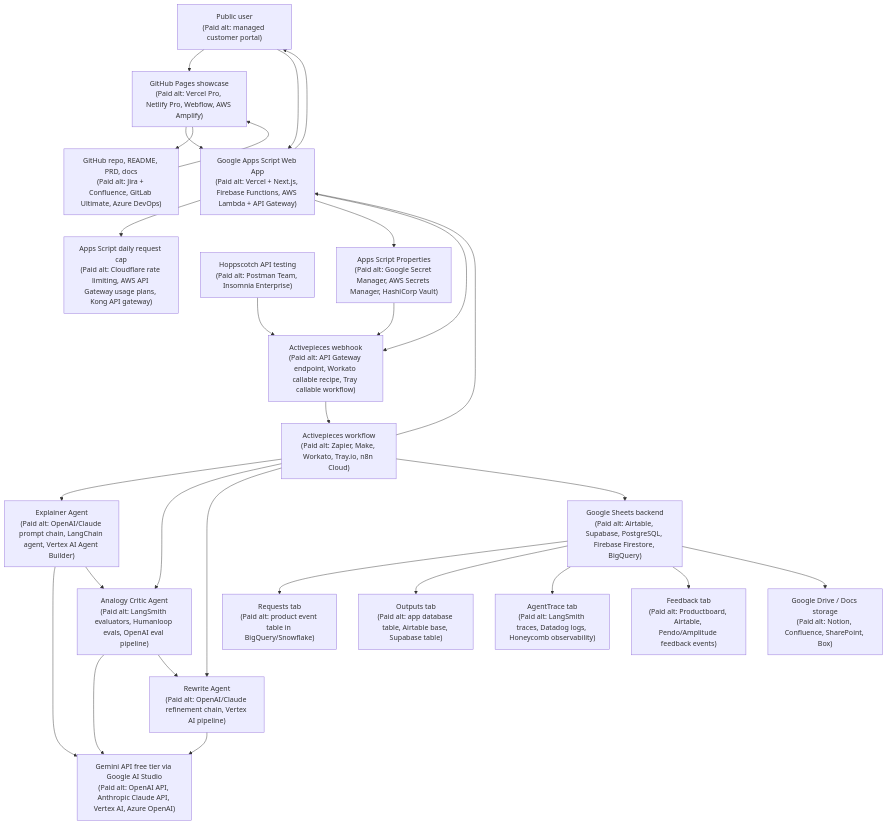
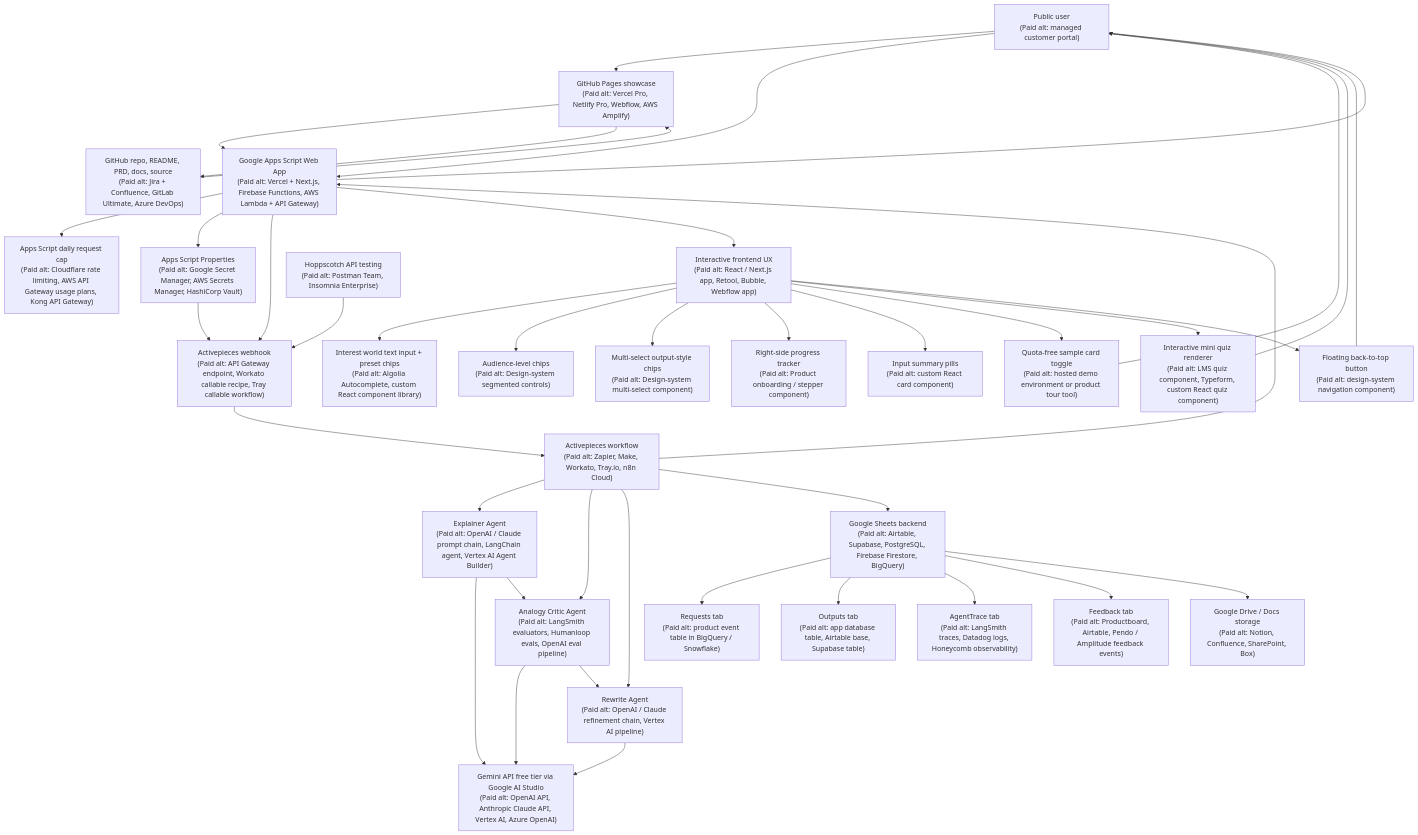
One commit to friendly-neighborhood-product-manager/analogy-arcade changed the first of 5 diagrams in docs/architecture-diagram.md. Above: the diagram before and after it, drawn with Mermaid. The commit also changed other lines of this file, not shown here.

Commit message:
Update architecture diagram for latest UX

```diff
--- a/docs/architecture-diagram.md
+++ b/docs/architecture-diagram.md
@@ -12,11 +29,31 @@
 
     Showcase["GitHub Pages showcase<br/>(Paid alt: Vercel Pro, Netlify Pro, Webflow, AWS Amplify)"]
 
-    Repo["GitHub repo, README, PRD, docs<br/>(Paid alt: Jira + Confluence, GitLab Ultimate, Azure DevOps)"]
+    Repo["GitHub repo, README, PRD, docs, source<br/>(Paid alt: Jira + Confluence, GitLab Ultimate, Azure DevOps)"]
 
     WebApp["Google Apps Script Web App<br/>(Paid alt: Vercel + Next.js, Firebase Functions, AWS Lambda + API Gateway)"]
 
     ScriptProps["Apps Script Properties<br/>(Paid alt: Google Secret Manager, AWS Secrets Manager, HashiCorp Vault)"]
+
+    DailyCap["Apps Script daily request cap<br/>(Paid alt: Cloudflare rate limiting, AWS API Gateway usage plans, Kong API Gateway)"]
+
+    FrontendUX["Interactive frontend UX<br/>(Paid alt: React / Next.js app, Retool, Bubble, Webflow app)"]
+
+    InterestInput["Interest world text input + preset chips<br/>(Paid alt: Algolia Autocomplete, custom React component library)"]
+
+    AudienceChips["Audience-level chips<br/>(Paid alt: Design-system segmented controls)"]
+
+    OutputChips["Multi-select output-style chips<br/>(Paid alt: Design-system multi-select component)"]
+
+    ProgressTracker["Right-side progress tracker<br/>(Paid alt: Product onboarding / stepper component)"]
+
+    InputSummary["Input summary pills<br/>(Paid alt: custom React card component)"]
+
+    SampleCard["Quota-free sample card toggle<br/>(Paid alt: hosted demo environment or product tour tool)"]
+
+    InteractiveQuiz["Interactive mini quiz renderer<br/>(Paid alt: LMS quiz component, Typeform, custom React quiz component)"]
+
+    BackToTop["Floating back-to-top button<br/>(Paid alt: design-system navigation component)"]
 
     Activepieces["Activepieces workflow<br/>(Paid alt: Zapier, Make, Workato, Tray.io, n8n Cloud)"]
 
@@ -24,27 +61,25 @@
 
     Gemini["Gemini API free tier via Google AI Studio<br/>(Paid alt: OpenAI API, Anthropic Claude API, Vertex AI, Azure OpenAI)"]
 
-    Explainer["Explainer Agent<br/>(Paid alt: OpenAI/Claude prompt chain, LangChain agent, Vertex AI Agent Builder)"]
+    Explainer["Explainer Agent<br/>(Paid alt: OpenAI / Claude prompt chain, LangChain agent, Vertex AI Agent Builder)"]
 
     Critic["Analogy Critic Agent<br/>(Paid alt: LangSmith evaluators, Humanloop evals, OpenAI eval pipeline)"]
 
-    Rewrite["Rewrite Agent<br/>(Paid alt: OpenAI/Claude refinement chain, Vertex AI pipeline)"]
+    Rewrite["Rewrite Agent<br/>(Paid alt: OpenAI / Claude refinement chain, Vertex AI pipeline)"]
 
     Sheets["Google Sheets backend<br/>(Paid alt: Airtable, Supabase, PostgreSQL, Firebase Firestore, BigQuery)"]
 
-    Requests["Requests tab<br/>(Paid alt: product event table in BigQuery/Snowflake)"]
+    Requests["Requests tab<br/>(Paid alt: product event table in BigQuery / Snowflake)"]
 
     Outputs["Outputs tab<br/>(Paid alt: app database table, Airtable base, Supabase table)"]
 
     Trace["AgentTrace tab<br/>(Paid alt: LangSmith traces, Datadog logs, Honeycomb observability)"]
 
-    Feedback["Feedback tab<br/>(Paid alt: Productboard, Airtable, Pendo/Amplitude feedback events)"]
+    Feedback["Feedback tab<br/>(Paid alt: Productboard, Airtable, Pendo / Amplitude feedback events)"]
 
     Drive["Google Drive / Docs storage<br/>(Paid alt: Notion, Confluence, SharePoint, Box)"]
 
     Hoppscotch["Hoppscotch API testing<br/>(Paid alt: Postman Team, Insomnia Enterprise)"]
-
-    DailyCap["Apps Script daily request cap<br/>(Paid alt: Cloudflare rate limiting, AWS API Gateway usage plans, Kong API gateway)"]
 
     User --> Showcase
     Showcase --> WebApp
@@ -55,6 +90,21 @@
     WebApp --> ScriptProps
     ScriptProps --> Webhook
     WebApp --> Webhook
+
+    WebApp --> FrontendUX
+    FrontendUX --> InterestInput
+    FrontendUX --> AudienceChips
+    FrontendUX --> OutputChips
+    FrontendUX --> ProgressTracker
+    FrontendUX --> InputSummary
+    FrontendUX --> SampleCard
+    FrontendUX --> InteractiveQuiz
+    FrontendUX --> BackToTop
+
+    SampleCard --> User
+    InteractiveQuiz --> User
+    BackToTop --> User
+
     Webhook --> Activepieces
 
     Activepieces --> Explainer
```
